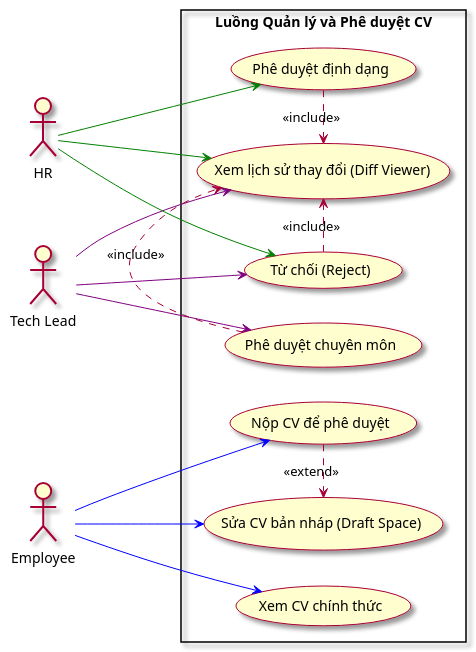
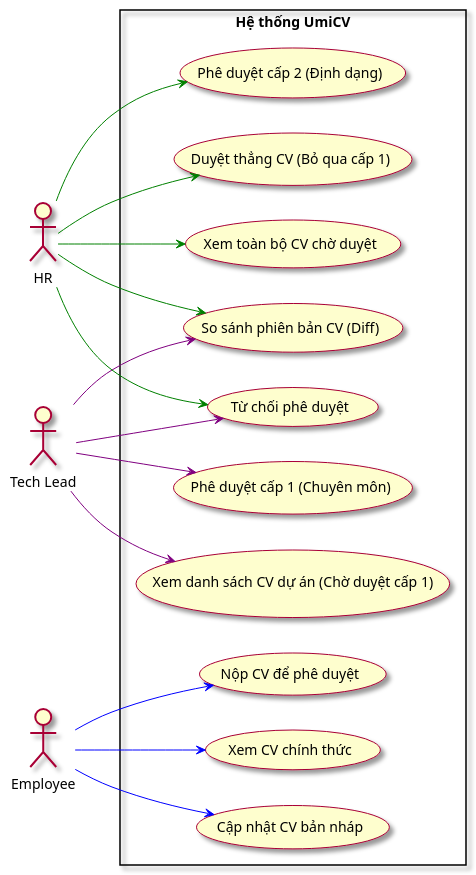
The diagram in docs/usecase_cv_management.puml (Kyyaaaa/UmiCV), drawn with PlantUML before and after one commit. The commit also changed 11 other files, not shown here.

First line of the commit message:
Update diagrams: swimlanes and usecases

```diff
--- a/docs/usecase_cv_management.puml
+++ b/docs/usecase_cv_management.puml
@@ -1,37 +1,38 @@
 @startuml
 left to right direction
 skin rose
 
 actor "HR" as HR
 actor "Tech Lead" as TechLead
 actor "Employee" as Employee
 
-rectangle "Luồng Quản lý và Phê duyệt CV" {
+rectangle "Hệ thống UmiCV" {
   usecase "Xem CV chính thức" as UC_ViewCV
-  usecase "Sửa CV bản nháp (Draft Space)" as UC_EditDraft
+  usecase "Cập nhật CV bản nháp" as UC_EditDraft
   usecase "Nộp CV để phê duyệt" as UC_SubmitCV
   
-  usecase "Xem lịch sử thay đổi (Diff Viewer)" as UC_ViewDiff
-  usecase "Phê duyệt chuyên môn" as UC_TechApprove
-  usecase "Phê duyệt định dạng" as UC_HRApprove
-  usecase "Từ chối (Reject)" as UC_Reject
+  usecase "Xem danh sách CV dự án (Chờ duyệt cấp 1)" as UC_TL_Pending
+  usecase "Xem toàn bộ CV chờ duyệt" as UC_HR_Pending
+  
+  usecase "So sánh phiên bản CV (Diff)" as UC_ViewDiff
+  usecase "Phê duyệt cấp 1 (Chuyên môn)" as UC_TechApprove
+  usecase "Phê duyệt cấp 2 (Định dạng)" as UC_HRApprove
+  usecase "Duyệt thẳng CV (Bỏ qua cấp 1)" as UC_DirectApprove
+  usecase "Từ chối phê duyệt" as UC_Reject
 
   Employee --> UC_ViewCV #blue
   Employee --> UC_EditDraft #blue
   Employee --> UC_SubmitCV #blue
 
-  UC_SubmitCV .> UC_EditDraft : "<< extend >>"
-
+  TechLead --> UC_TL_Pending #purple
   TechLead --> UC_ViewDiff #purple
   TechLead --> UC_TechApprove #purple
   TechLead --> UC_Reject #purple
 
+  HR --> UC_HR_Pending #green
   HR --> UC_ViewDiff #green
   HR --> UC_HRApprove #green
+  HR --> UC_DirectApprove #green
   HR --> UC_Reject #green
-
-  UC_TechApprove .> UC_ViewDiff : "<< include >>"
-  UC_HRApprove .> UC_ViewDiff : "<< include >>"
-  UC_Reject .> UC_ViewDiff : "<< include >>"
 }
 @enduml
```
